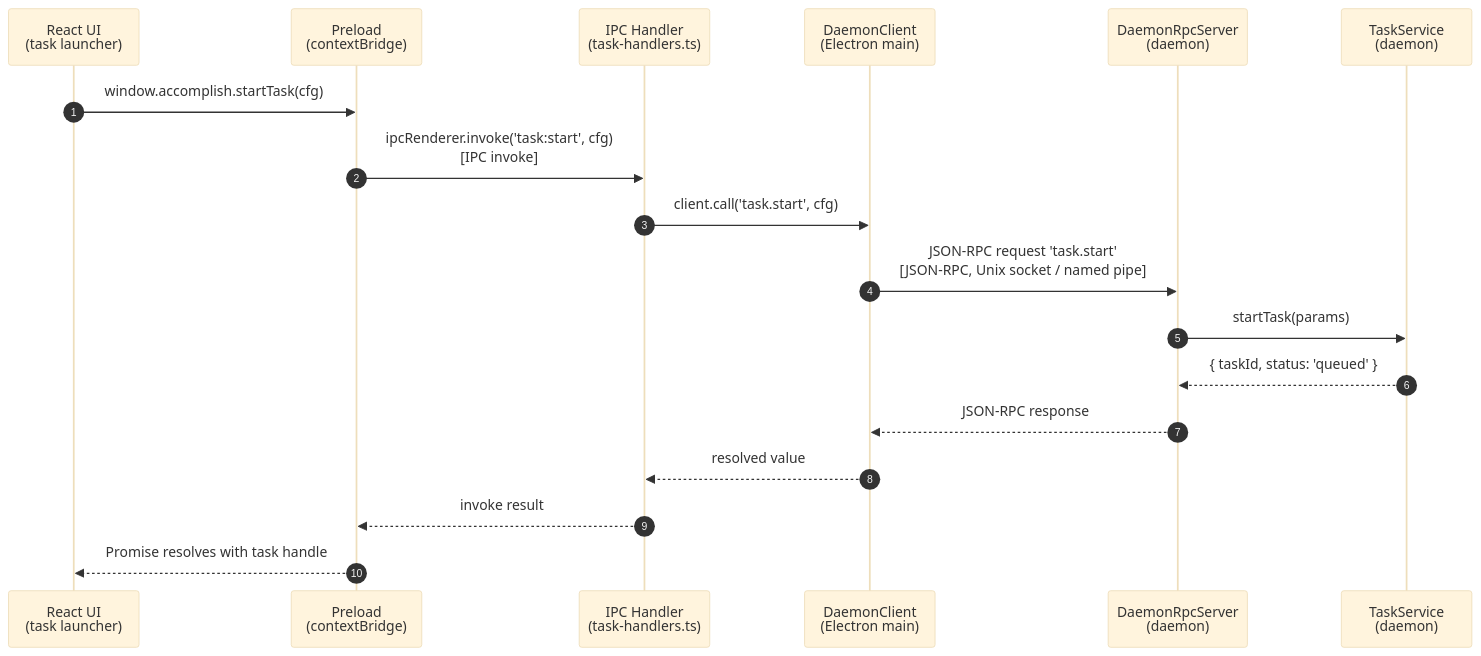
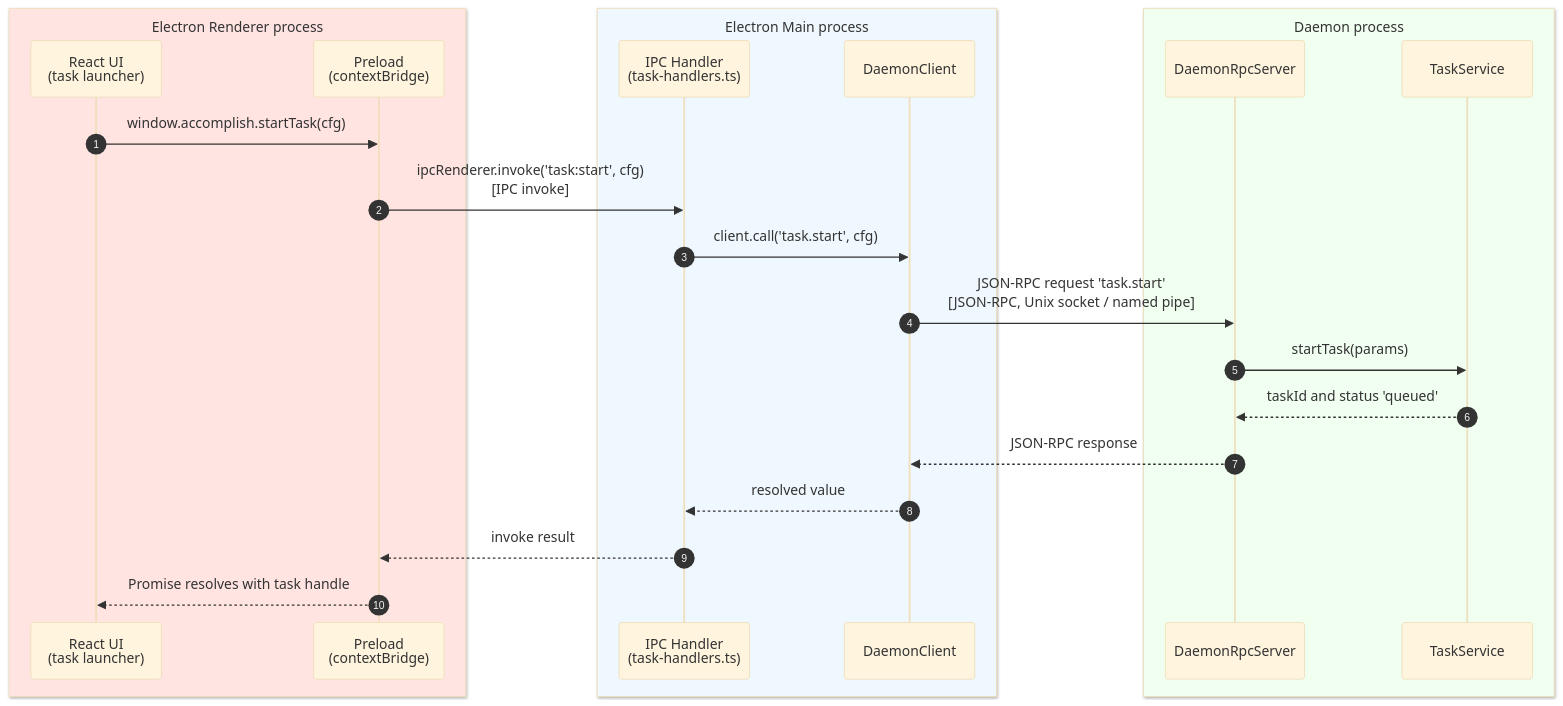
Before and after one commit to accomplish-ai/accomplish: the second of 10 diagrams in docs/functional-sequence-diagrams.md, drawn with Mermaid (base theme). The commit also changed other lines of this file and 46 other files, not shown here.

````diff
--- a/docs/functional-sequence-diagrams.md
+++ b/docs/functional-sequence-diagrams.md
@@ -81,21 +102,27 @@
 ```mermaid
 sequenceDiagram
     autonumber
-    participant UI as React UI<br/>(task launcher)
-    participant Pre as Preload<br/>(contextBridge)
-    participant H as IPC Handler<br/>(task-handlers.ts)
-    participant DC as DaemonClient<br/>(Electron main)
-    participant RPC as DaemonRpcServer<br/>(daemon)
-    participant TS as TaskService<br/>(daemon)
+    box mistyrose Electron Renderer process
+      participant UI as React UI<br/>(task launcher)
+      participant Pre as Preload<br/>(contextBridge)
+    end
+    box aliceblue Electron Main process
+      participant H as IPC Handler<br/>(task-handlers.ts)
+      participant DC as DaemonClient
+    end
+    box honeydew Daemon process
+      participant RPC as DaemonRpcServer
+      participant TS as TaskService
+    end
 
     UI->>Pre: window.accomplish.startTask(cfg)
     Pre->>H: ipcRenderer.invoke('task:start', cfg)<br/>[IPC invoke]
     H->>DC: client.call('task.start', cfg)
     DC->>RPC: JSON-RPC request 'task.start'<br/>[JSON-RPC, Unix socket / named pipe]
     RPC->>TS: startTask(params)
-    TS-->>RPC: { taskId, status: 'queued' }
+    TS-->>RPC: taskId and status 'queued'
     RPC-->>DC: JSON-RPC response
     DC-->>H: resolved value
     H-->>Pre: invoke result
     Pre-->>UI: Promise resolves with task handle
 ```
````
